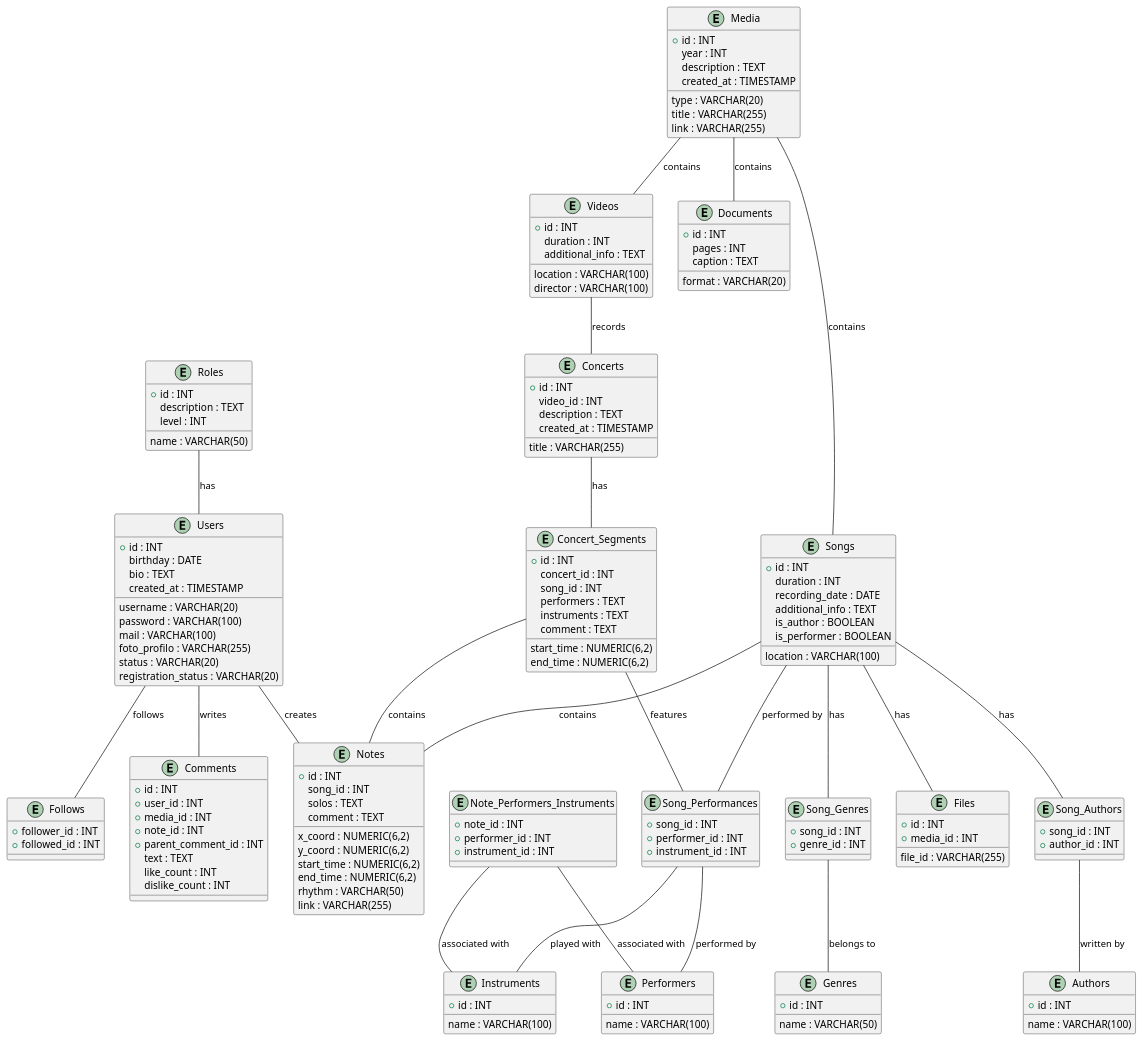
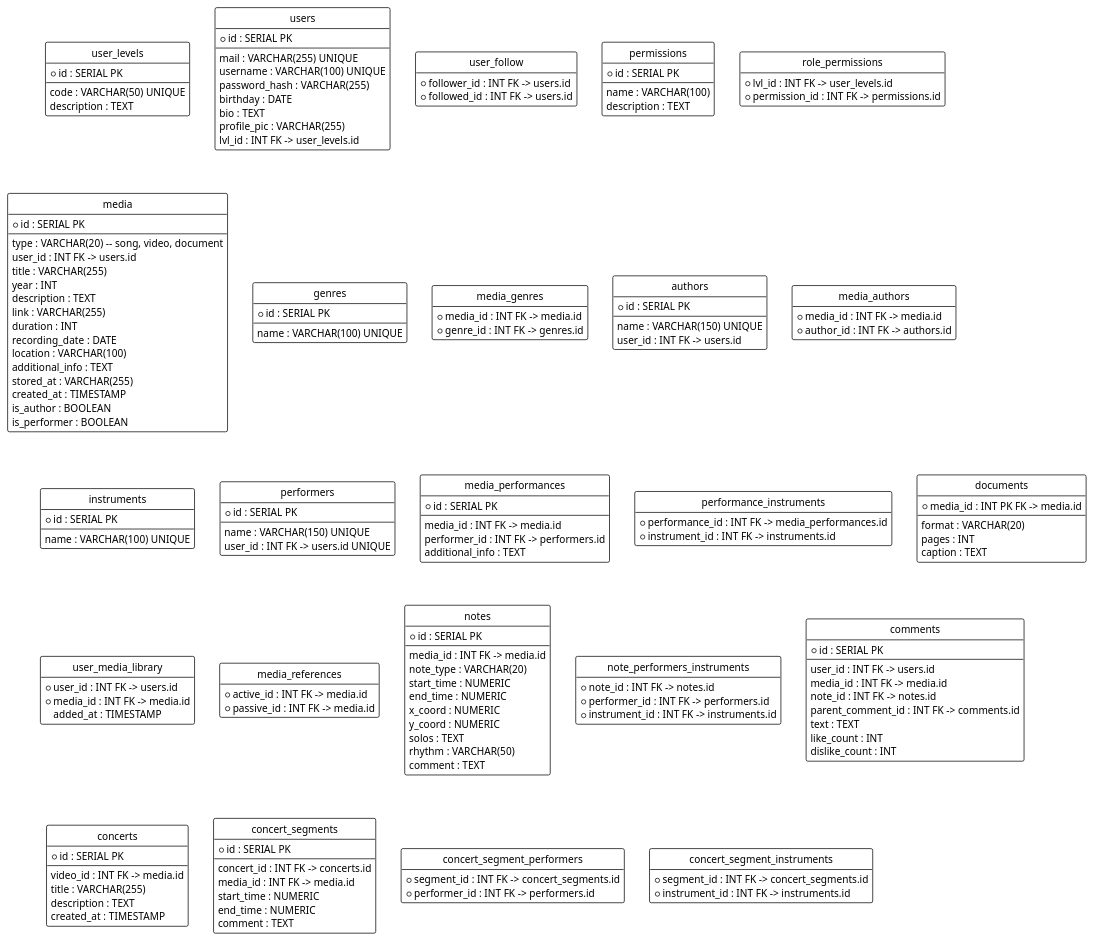
The diagram in Code/server/db/ER.puml (MomoMyosotis/S.I.-project), drawn with PlantUML before and after one commit. The commit also changed 16 other files, not shown here.

```diff
--- a/Code/server/db/ER.puml
+++ b/Code/server/db/ER.puml
@@ -1,179 +1,192 @@
 @startuml
+!theme plain
+hide circle
+hide methods
+hide stereotypes
+skinparam linetype ortho
 
-entity "Roles" as roles {
-    +id : INT
-    name : VARCHAR(50)
+entity "user_levels" as user_levels {
+    *id : SERIAL PK
+    --
+    code : VARCHAR(50) UNIQUE
     description : TEXT
-    level : INT
 }
 
-entity "Users" as users {
-    +id : INT
-    username : VARCHAR(20)
-    password : VARCHAR(100)
-    mail : VARCHAR(100)
-    foto_profilo : VARCHAR(255)
+entity "users" as users {
+    *id : SERIAL PK
+    --
+    mail : VARCHAR(255) UNIQUE
+    username : VARCHAR(100) UNIQUE
+    password_hash : VARCHAR(255)
     birthday : DATE
     bio : TEXT
-    status : VARCHAR(20)
-    registration_status : VARCHAR(20)
-    created_at : TIMESTAMP
+    profile_pic : VARCHAR(255)
+    lvl_id : INT FK -> user_levels.id
 }
 
-entity "Follows" as follows {
-    +follower_id : INT
-    +followed_id : INT
+entity "user_follow" as user_follow {
+    *follower_id : INT FK -> users.id
+    *followed_id : INT FK -> users.id
 }
 
-entity "Media" as media {
-    +id : INT
-    type : VARCHAR(20)
+entity "permissions" as permissions {
+    *id : SERIAL PK
+    --
+    name : VARCHAR(100)
+    description : TEXT
+}
+
+entity "role_permissions" as role_permissions {
+    *lvl_id : INT FK -> user_levels.id
+    *permission_id : INT FK -> permissions.id
+}
+
+entity "media" as media {
+    *id : SERIAL PK
+    --
+    type : VARCHAR(20) -- song, video, document
+    user_id : INT FK -> users.id
     title : VARCHAR(255)
     year : INT
     description : TEXT
     link : VARCHAR(255)
-    created_at : TIMESTAMP
-}
-
-entity "Songs" as songs {
-    +id : INT
     duration : INT
     recording_date : DATE
     location : VARCHAR(100)
     additional_info : TEXT
+    stored_at : VARCHAR(255)
+    created_at : TIMESTAMP
     is_author : BOOLEAN
     is_performer : BOOLEAN
 }
 
-entity "Documents" as documents {
-    +id : INT
+entity "genres" as genres {
+    *id : SERIAL PK
+    --
+    name : VARCHAR(100) UNIQUE
+}
+
+entity "media_genres" as media_genres {
+    *media_id : INT FK -> media.id
+    *genre_id : INT FK -> genres.id
+}
+
+entity "authors" as authors {
+    *id : SERIAL PK
+    --
+    name : VARCHAR(150) UNIQUE
+    user_id : INT FK -> users.id
+}
+
+entity "media_authors" as media_authors {
+    *media_id : INT FK -> media.id
+    *author_id : INT FK -> authors.id
+}
+
+entity "instruments" as instruments {
+    *id : SERIAL PK
+    --
+    name : VARCHAR(100) UNIQUE
+}
+
+entity "performers" as performers {
+    *id : SERIAL PK
+    --
+    name : VARCHAR(150) UNIQUE
+    user_id : INT FK -> users.id UNIQUE
+}
+
+entity "media_performances" as media_performances {
+    *id : SERIAL PK
+    --
+    media_id : INT FK -> media.id
+    performer_id : INT FK -> performers.id
+    additional_info : TEXT
+}
+
+entity "performance_instruments" as performance_instruments {
+    *performance_id : INT FK -> media_performances.id
+    *instrument_id : INT FK -> instruments.id
+}
+
+entity "documents" as documents {
+    *media_id : INT PK FK -> media.id
+    --
     format : VARCHAR(20)
     pages : INT
     caption : TEXT
 }
 
-entity "Videos" as videos {
-    +id : INT
-    duration : INT
-    location : VARCHAR(100)
-    additional_info : TEXT
-    director : VARCHAR(100)
+entity "user_media_library" as user_media_library {
+    *user_id : INT FK -> users.id
+    *media_id : INT FK -> media.id
+    added_at : TIMESTAMP
 }
 
-entity "Genres" as genres {
-    +id : INT
-    name : VARCHAR(50)
+entity "media_references" as media_references {
+    *active_id : INT FK -> media.id
+    *passive_id : INT FK -> media.id
 }
 
-entity "Song_Genres" as song_genres {
-    +song_id : INT
-    +genre_id : INT
-}
-
-entity "Authors" as authors {
-    +id : INT
-    name : VARCHAR(100)
-}
-
-entity "Song_Authors" as song_authors {
-    +song_id : INT
-    +author_id : INT
-}
-
-entity "Instruments" as instruments {
-    +id : INT
-    name : VARCHAR(100)
-}
-
-entity "Performers" as performers {
-    +id : INT
-    name : VARCHAR(100)
-}
-
-entity "Song_Performances" as song_performances {
-    +song_id : INT
-    +performer_id : INT
-    +instrument_id : INT
-}
-
-entity "Files" as files {
-    +id : INT
-    +media_id : INT
-    file_id : VARCHAR(255)
-}
-
-entity "Notes" as notes {
-    +id : INT
-    song_id : INT
-    x_coord : NUMERIC(6,2)
-    y_coord : NUMERIC(6,2)
-    start_time : NUMERIC(6,2)
-    end_time : NUMERIC(6,2)
+entity "notes" as notes {
+    *id : SERIAL PK
+    --
+    media_id : INT FK -> media.id
+    note_type : VARCHAR(20)
+    start_time : NUMERIC
+    end_time : NUMERIC
+    x_coord : NUMERIC
+    y_coord : NUMERIC
     solos : TEXT
     rhythm : VARCHAR(50)
-    link : VARCHAR(255)
     comment : TEXT
 }
 
-entity "Note_Performers_Instruments" as note_performers_instruments {
-    +note_id : INT
-    +performer_id : INT
-    +instrument_id : INT
+entity "note_performers_instruments" as note_performers_instruments {
+    *note_id : INT FK -> notes.id
+    *performer_id : INT FK -> performers.id
+    *instrument_id : INT FK -> instruments.id
 }
 
-entity "Comments" as comments {
-    +id : INT
-    +user_id : INT
-    +media_id : INT
-    +note_id : INT
-    +parent_comment_id : INT
+entity "comments" as comments {
+    *id : SERIAL PK
+    --
+    user_id : INT FK -> users.id
+    media_id : INT FK -> media.id
+    note_id : INT FK -> notes.id
+    parent_comment_id : INT FK -> comments.id
     text : TEXT
     like_count : INT
     dislike_count : INT
 }
 
-entity "Concerts" as concerts {
-    +id : INT
-    video_id : INT
+entity "concerts" as concerts {
+    *id : SERIAL PK
+    --
+    video_id : INT FK -> media.id
     title : VARCHAR(255)
     description : TEXT
     created_at : TIMESTAMP
 }
 
-entity "Concert_Segments" as concert_segments {
-    +id : INT
-    concert_id : INT
-    song_id : INT
-    start_time : NUMERIC(6,2)
-    end_time : NUMERIC(6,2)
-    performers : TEXT
-    instruments : TEXT
+entity "concert_segments" as concert_segments {
+    *id : SERIAL PK
+    --
+    concert_id : INT FK -> concerts.id
+    media_id : INT FK -> media.id
+    start_time : NUMERIC
+    end_time : NUMERIC
     comment : TEXT
 }
 
-' Relationships
-roles -- users : "has"
-users -- follows : "follows"
-users -- comments : "writes"
-users -- notes : "creates"
-media -- songs : "contains"
-media -- documents : "contains"
-media -- videos : "contains"
-songs -- song_genres : "has"
-songs -- song_authors : "has"
-songs -- song_performances : "performed by"
-songs -- notes : "contains"
-songs -- files : "has"
-videos -- concerts : "records"
-concerts -- concert_segments : "has"
-concert_segments -- song_performances : "features"
-concert_segments -- notes : "contains"
+entity "concert_segment_performers" as concert_segment_performers {
+    *segment_id : INT FK -> concert_segments.id
+    *performer_id : INT FK -> performers.id
+}
 
-song_genres -- genres : "belongs to"
-song_authors -- authors : "written by"
-song_performances -- performers : "performed by"
-song_performances -- instruments : "played with"
-note_performers_instruments -- performers : "associated with"
-note_performers_instruments -- instruments : "associated with"
+entity "concert_segment_instruments" as concert_segment_instruments {
+    *segment_id : INT FK -> concert_segments.id
+    *instrument_id : INT FK -> instruments.id
+}
 
 @enduml
```
